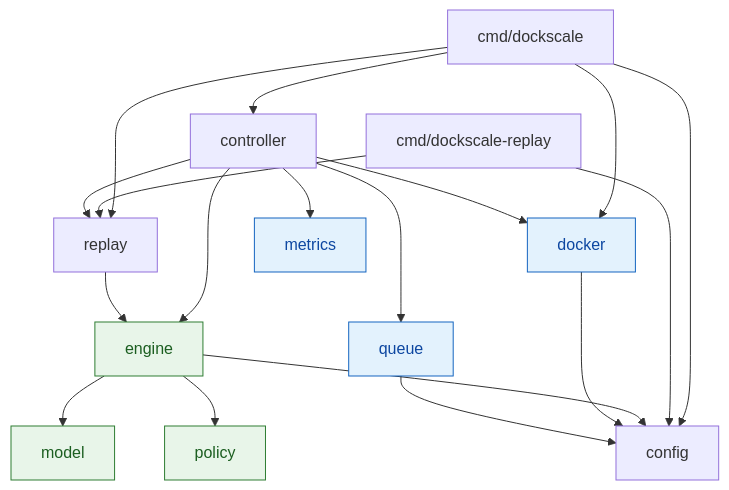
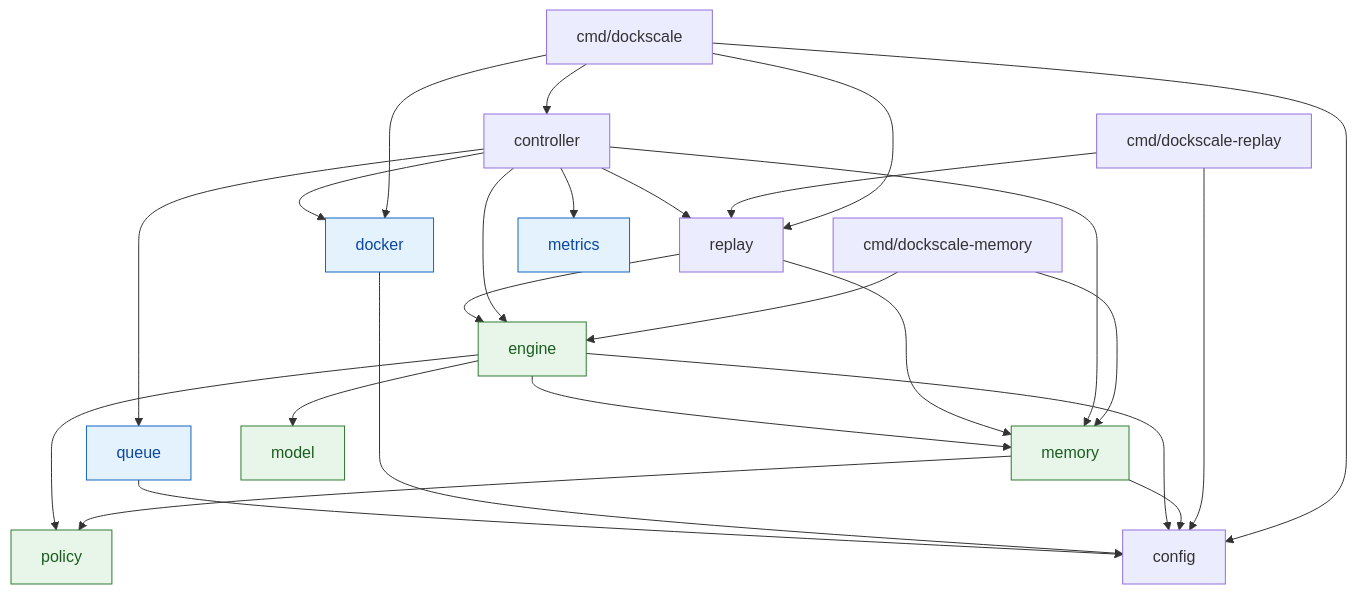
The second of 4 diagrams in docs/architecture.md (nadermedhet148/auto-scale), drawn with Mermaid before and after one commit. The commit also changed other lines of this file and 50 other files, not shown here.

````diff
--- a/docs/architecture.md
+++ b/docs/architecture.md
@@ -67,27 +69,34 @@
 ```mermaid
 flowchart TD
     main[cmd/dockscale] --> controller
     main --> config
     main --> docker
     main --> replay
     rcli[cmd/dockscale-replay] --> replay
     rcli --> config
+    mcli[cmd/dockscale-memory] --> memory
+    mcli --> engine
 
     controller --> engine
     controller --> docker
     controller --> metrics
     controller --> queue
     controller --> replay
+    controller --> memory
 
     replay --> engine
+    replay --> memory
+    engine --> memory
+    memory --> policy
+    memory --> config
     engine --> model
     engine --> policy
     engine --> config
     docker --> config
     queue --> config
 
     classDef pure fill:#e8f5e9,stroke:#2e7d32,color:#1b5e20
     classDef io fill:#e3f2fd,stroke:#1565c0,color:#0d47a1
-    class engine,model,policy pure
+    class engine,model,policy,memory pure
     class docker,metrics,queue io
 ```
````
